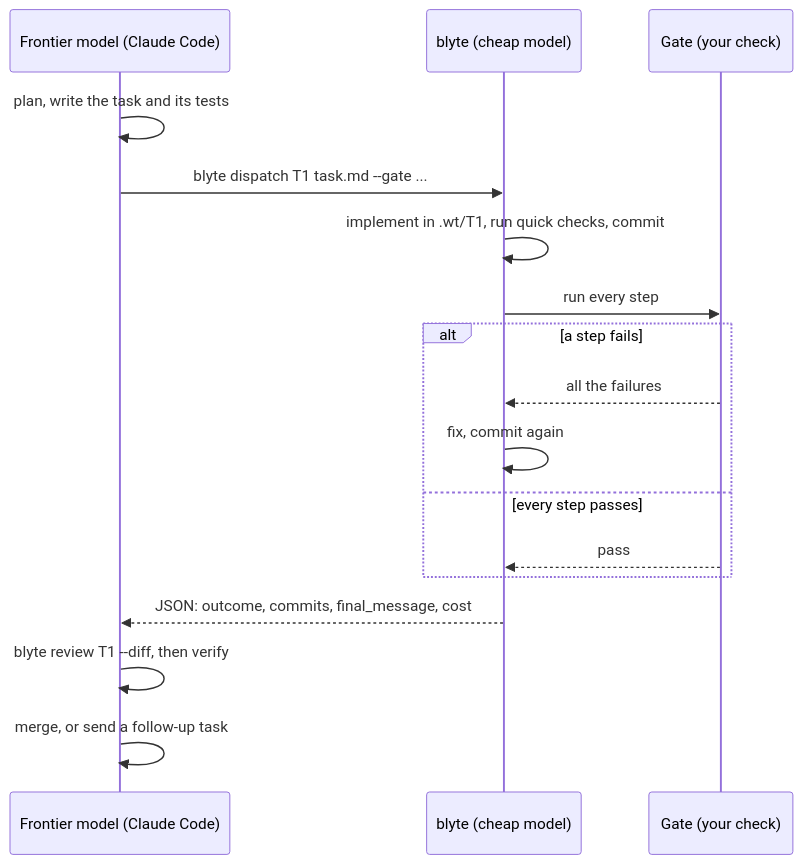
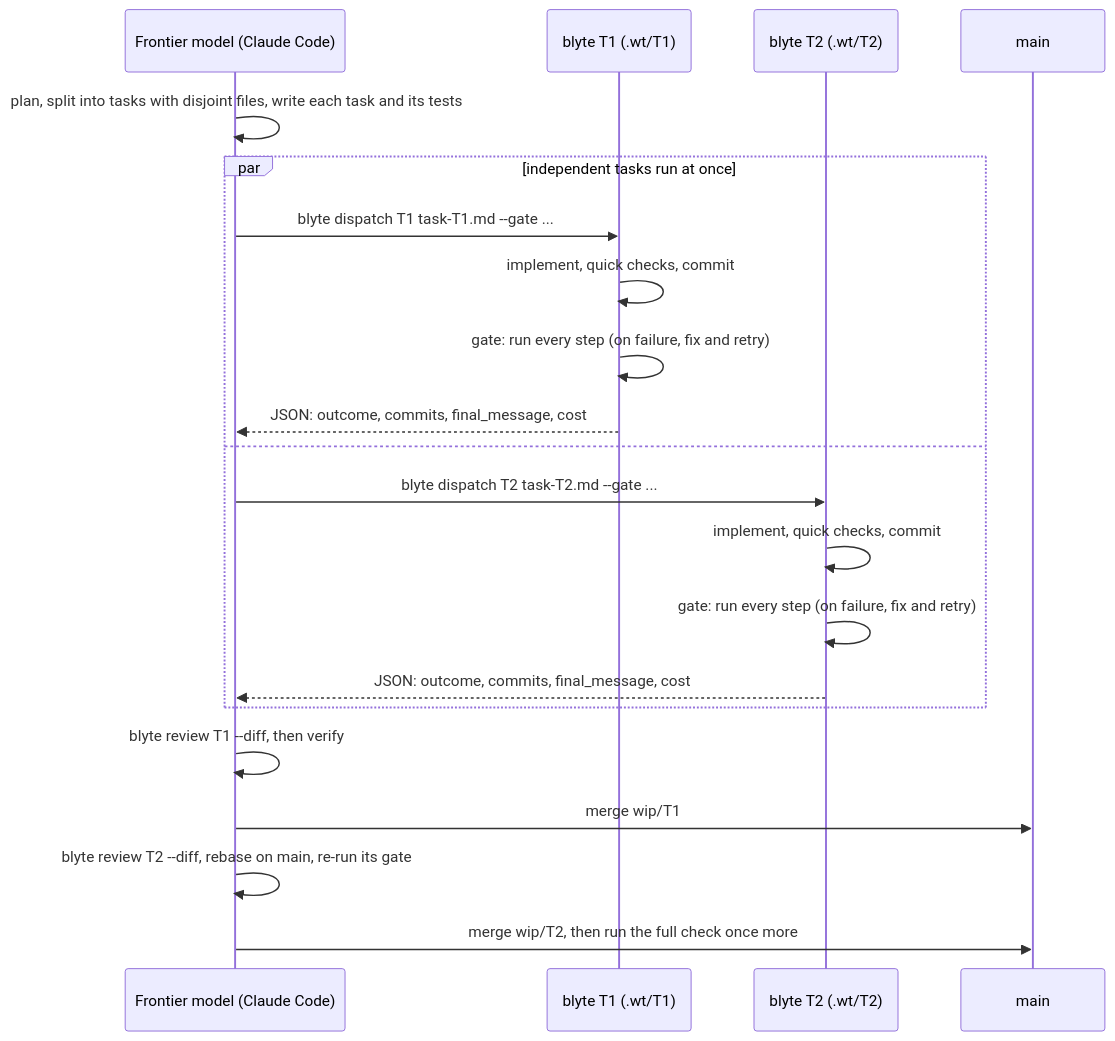
The diagram in docs/orchestration.md (dnf0/blyte), drawn with Mermaid before and after one commit. The commit also changed 2 other files, not shown here.

Commit message:
docs: diagrams show parallel dispatch: one plan, parallel worktrees and gates, ordered merge

````diff
--- a/docs/orchestration.md
+++ b/docs/orchestration.md
@@ -8,19 +8,23 @@
 ```mermaid
 sequenceDiagram
     participant F as Frontier model (Claude Code)
-    participant B as blyte (cheap model)
-    participant G as Gate (your check)
-    F->>F: plan, write the task and its tests
-    F->>B: blyte dispatch T1 task.md --gate ...
-    B->>B: implement in .wt/T1, run quick checks, commit
-    B->>G: run every step
-    alt a step fails
-        G-->>B: all the failures
-        B->>B: fix, commit again
-    else every step passes
-        G-->>B: pass
+    participant B1 as blyte T1 (.wt/T1)
+    participant B2 as blyte T2 (.wt/T2)
+    participant M as main
+    F->>F: plan, split into tasks with disjoint files, write each task and its tests
+    par independent tasks run at once
+        F->>B1: blyte dispatch T1 task-T1.md --gate ...
+        B1->>B1: implement, quick checks, commit
+        B1->>B1: gate: run every step (on failure, fix and retry)
+        B1-->>F: JSON: outcome, commits, final_message, cost
+    and
+        F->>B2: blyte dispatch T2 task-T2.md --gate ...
+        B2->>B2: implement, quick checks, commit
+        B2->>B2: gate: run every step (on failure, fix and retry)
+        B2-->>F: JSON: outcome, commits, final_message, cost
     end
-    B-->>F: JSON: outcome, commits, final_message, cost
     F->>F: blyte review T1 --diff, then verify
-    F->>F: merge, or send a follow-up task
+    F->>M: merge wip/T1
+    F->>F: blyte review T2 --diff, rebase on main, re-run its gate
+    F->>M: merge wip/T2, then run the full check once more
 ```
````
